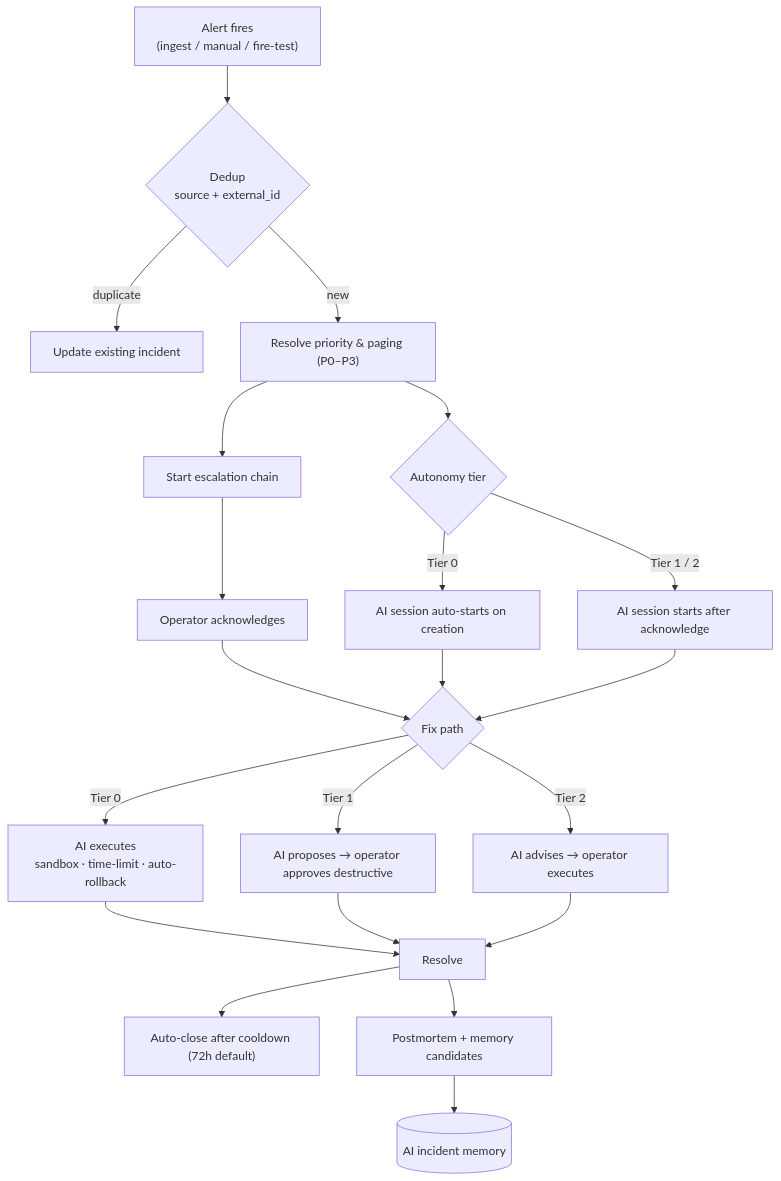
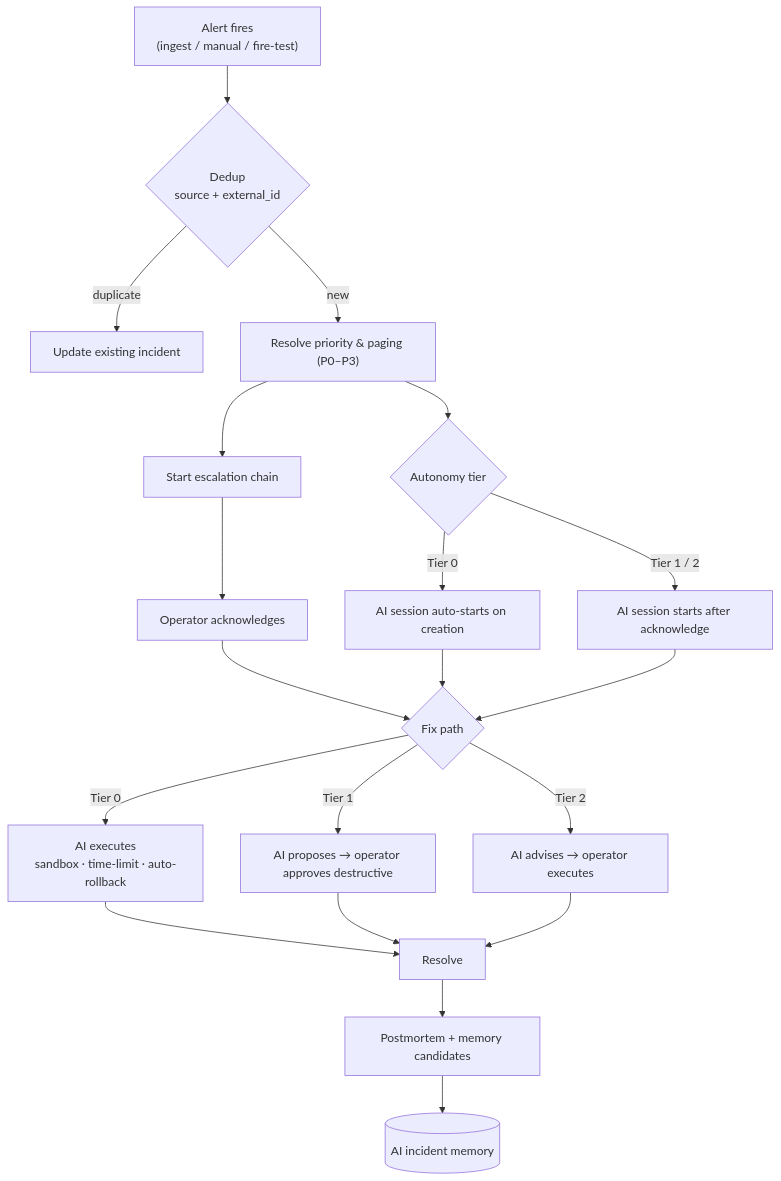
The second of 2 diagrams in README.md (SpicyDaemon/OpsMender-AI), drawn with Mermaid before and after one commit. The commit also changed other lines of this file and 31 other files, not shown here.

````diff
--- a/README.md
+++ b/README.md
@@ -71,23 +71,22 @@
 ```mermaid
 flowchart TD
   A["Alert fires<br/>(ingest / manual / fire-test)"] --> D{"Dedup<br/>source + external_id"}
   D -->|duplicate| U["Update existing incident"]
   D -->|new| P["Resolve priority &amp; paging (P0–P3)"]
   P --> ES["Start escalation chain"]
   P --> T{"Autonomy tier"}
   T -->|"Tier 0"| S0["AI session auto-starts on creation"]
   T -->|"Tier 1 / 2"| AW["AI session starts after acknowledge"]
   ES --> ACK["Operator acknowledges"]
   ACK --> FIX{"Fix path"}
   S0 --> FIX
   AW --> FIX
   FIX -->|"Tier 0"| EX["AI executes<br/>sandbox · time-limit · auto-rollback"]
   FIX -->|"Tier 1"| AP["AI proposes → operator approves destructive"]
   FIX -->|"Tier 2"| MAN["AI advises → operator executes"]
   EX --> R["Resolve"]
   AP --> R
   MAN --> R
-  R --> AC["Auto-close after cooldown (72h default)"]
   R --> PM["Postmortem + memory candidates"]
   PM --> MEM[("AI incident memory")]
 ```
````
